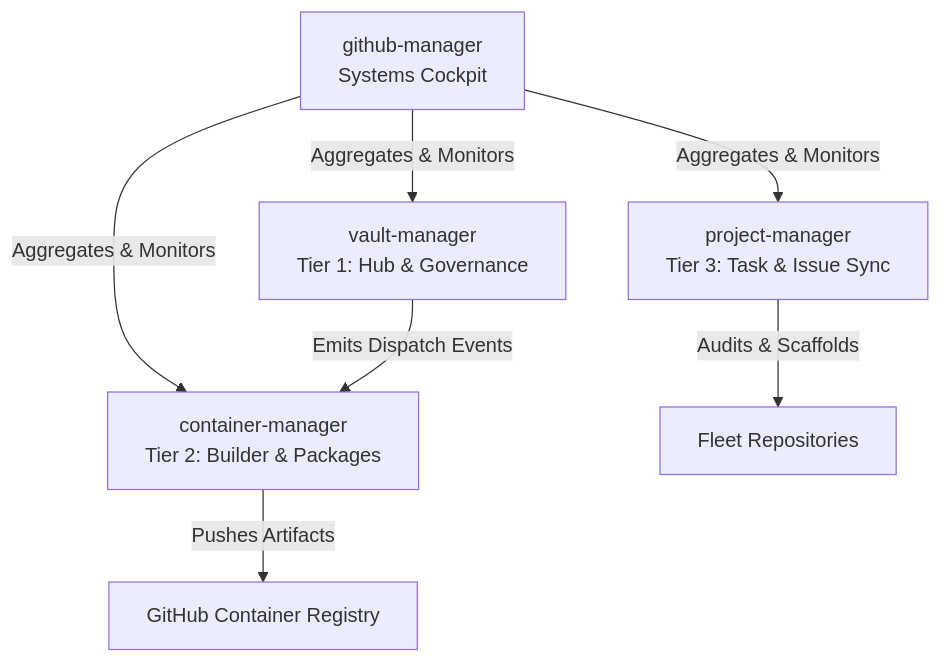
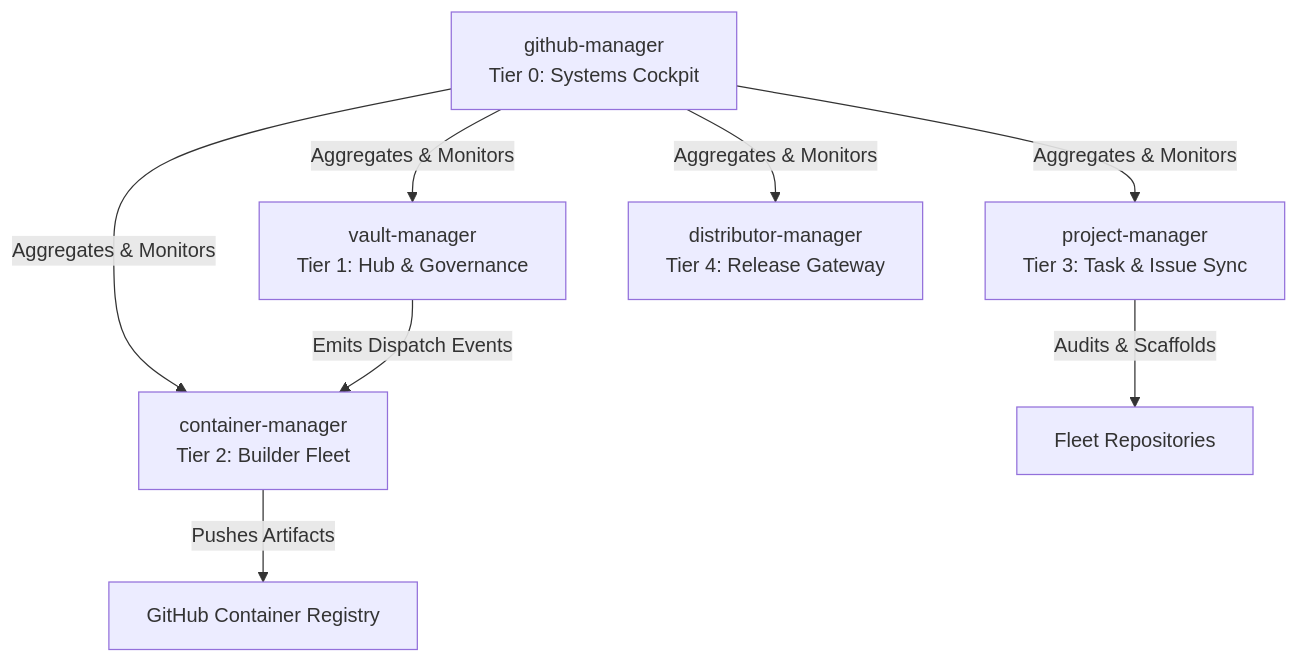
One commit to RPDevs-Vault/github-manager changed the diagram in README.md. Above: the diagram before and after it, drawn with Mermaid. The commit also changed other lines of this file, not shown here.

Commit message:
docs: update comprehensive README to reflect 5-tier architecture

````diff
--- a/README.md
+++ b/README.md
@@ -11,10 +11,11 @@
 ```mermaid
 graph TD
-    HM[github-manager<br>Systems Cockpit] -->|Aggregates & Monitors| VM[vault-manager<br>Tier 1: Hub & Governance]
-    HM -->|Aggregates & Monitors| CM[container-manager<br>Tier 2: Builder & Packages]
+    HM[github-manager<br>Tier 0: Systems Cockpit] -->|Aggregates & Monitors| VM[vault-manager<br>Tier 1: Hub & Governance]
+    HM -->|Aggregates & Monitors| CM[container-manager<br>Tier 2: Builder Fleet]
     HM -->|Aggregates & Monitors| PM[project-manager<br>Tier 3: Task & Issue Sync]
+    HM -->|Aggregates & Monitors| DM[distributor-manager<br>Tier 4: Release Gateway]
     
     VM -->|Emits Dispatch Events| CM
     CM -->|Pushes Artifacts| GHCR[GitHub Container Registry]
     PM -->|Audits & Scaffolds| FleetRepos[Fleet Repositories]
 ```
````
